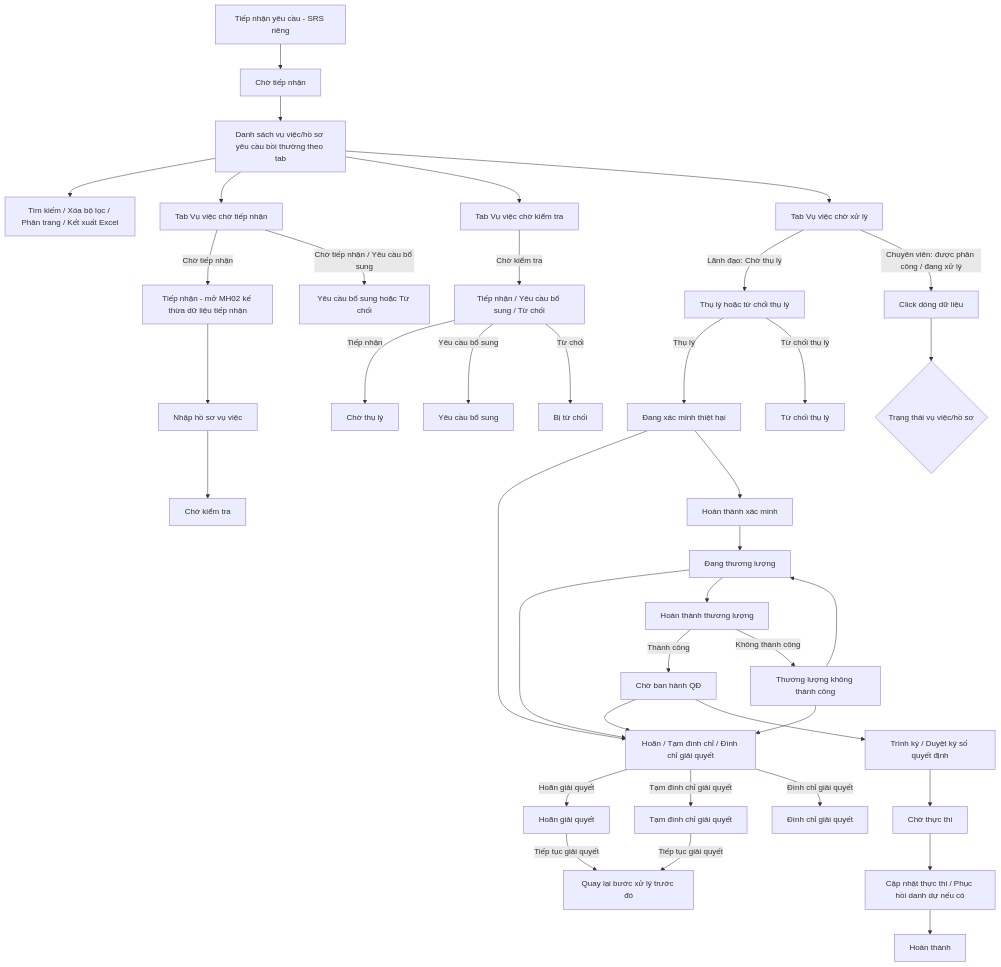
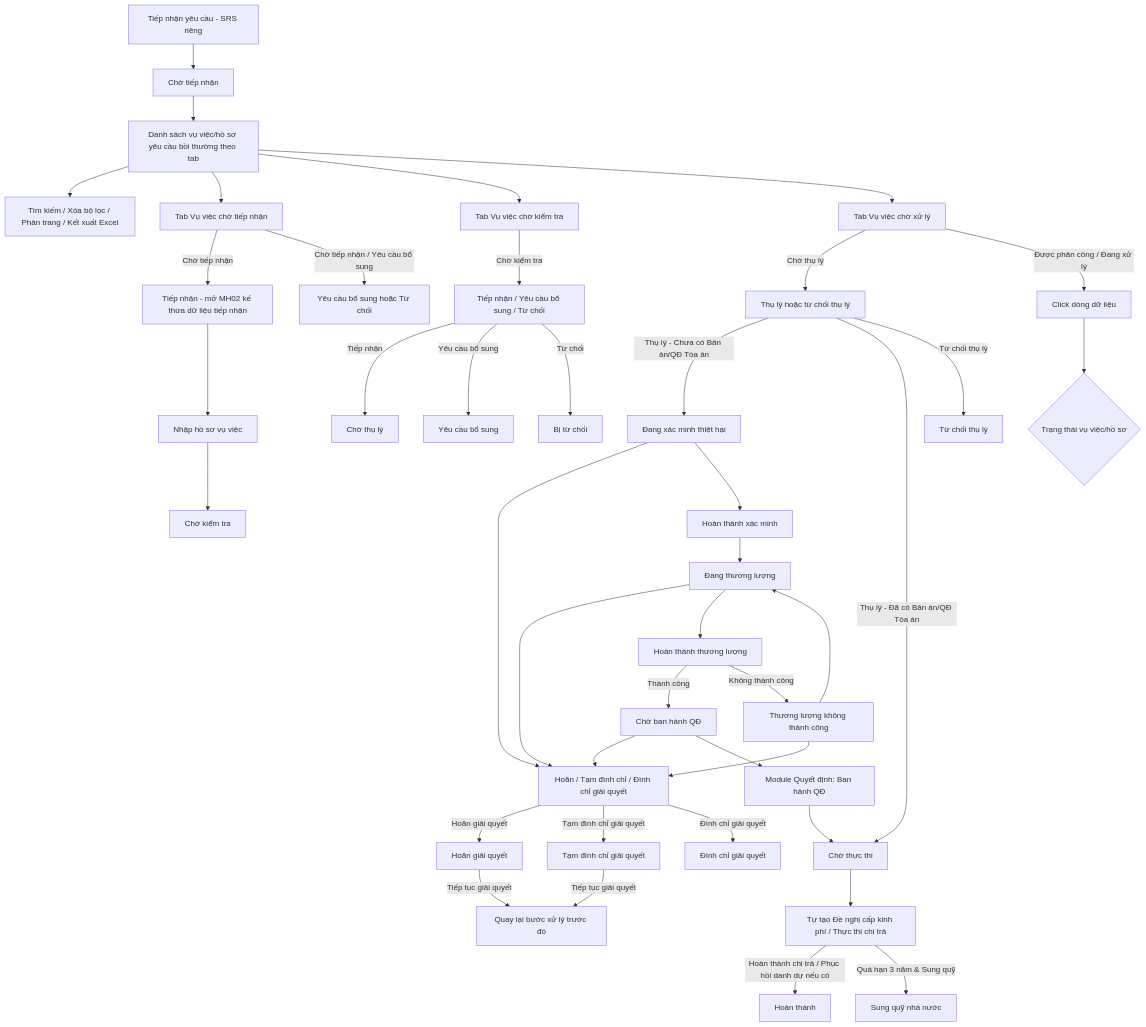
Before and after one commit to huyendt2007/BPBD_UI: the diagram in Tai lieu phan tich/03_Website_Quan_tri/03_Cong_tac_boi_thuong/SRS_BTNN_GiaiQuyetBT_GiaiQuyet_YCBT.md, drawn with Mermaid. The commit also changed other lines of this file and 11 other files, not shown here.

First line of the commit message:
Hoàn thiện GQYCBT: chuẩn hóa SRS và UI Giải quyết yêu cầu bồi thường

````diff
--- a/Tai lieu phan tich/03_Website_Quan_tri/03_Cong_tac_boi_thuong/SRS_BTNN_GiaiQuyetBT_GiaiQuyet_YCBT.md
+++ b/Tai lieu phan tich/03_Website_Quan_tri/03_Cong_tac_boi_thuong/SRS_BTNN_GiaiQuyetBT_GiaiQuyet_YCBT.md
@@ -27,41 +27,43 @@
 ```mermaid
 flowchart TD
     A[Danh sách vụ việc/hồ sơ yêu cầu bồi thường theo tab] --> B[Tìm kiếm / Xóa bộ lọc / Phân trang / Kết xuất Excel]
     TN[Tiếp nhận yêu cầu - SRS riêng] --> D["Chờ tiếp nhận"]
     D --> A
     A --> T1[Tab Vụ việc chờ tiếp nhận]
     A --> T2[Tab Vụ việc chờ kiểm tra]
     A --> T3[Tab Vụ việc chờ xử lý]
     T1 -->|"Chờ tiếp nhận"| E1[Tiếp nhận - mở MH02 kế thừa dữ liệu tiếp nhận]
     T1 -->|"Chờ tiếp nhận / Yêu cầu bổ sung"| E2[Yêu cầu bổ sung hoặc Từ chối]
     E1 --> E[Nhập hồ sơ vụ việc]
     T2 -->|"Chờ kiểm tra"| I[Tiếp nhận / Yêu cầu bổ sung / Từ chối]
-    T3 -->|"Lãnh đạo: Chờ thụ lý"| M[Thụ lý hoặc từ chối thụ lý]
-    T3 -->|"Chuyên viên: được phân công / đang xử lý"| G[Click dòng dữ liệu]
+    T3 -->|"Chờ thụ lý"| M[Thụ lý hoặc từ chối thụ lý]
+    T3 -->|"Được phân công / Đang xử lý"| G[Click dòng dữ liệu]
     G --> H{Trạng thái vụ việc/hồ sơ}
     E --> F["Chờ kiểm tra"]
     I -->|"Tiếp nhận"| J["Chờ thụ lý"]
     I -->|"Yêu cầu bổ sung"| K["Yêu cầu bổ sung"]
     I -->|"Từ chối"| L["Bị từ chối"]
-    M -->|"Thụ lý"| N["Đang xác minh thiệt hại"]
+    M -->|"Thụ lý - Chưa có Bản án/QĐ Tòa án"| N["Đang xác minh thiệt hại"]
+    M -->|"Thụ lý - Đã có Bản án/QĐ Tòa án"| V["Chờ thực thi"]
     M -->|"Từ chối thụ lý"| O["Từ chối thụ lý"]
+    V --> V1[Tự tạo Đề nghị cấp kinh phí / Thực thi chi trả]
+    V1 -->|"Hoàn thành chi trả / Phục hồi danh dự nếu có"| X["Hoàn thành"]
+    V1 -->|"Quá hạn 3 năm & Sung quỹ"| SQ["Sung quỹ nhà nước"]
     N --> Y[Hoãn / Tạm đình chỉ / Đình chỉ giải quyết]
     Q --> Y
     T --> Y
     S --> Y
     Y -->|"Hoãn giải quyết"| Y1["Hoãn giải quyết"]
     Y -->|"Tạm đình chỉ giải quyết"| Y2["Tạm đình chỉ giải quyết"]
     Y -->|"Đình chỉ giải quyết"| Y3["Đình chỉ giải quyết"]
     Y1 -->|"Tiếp tục giải quyết"| Z[Quay lại bước xử lý trước đó]
     Y2 -->|"Tiếp tục giải quyết"| Z
     N --> P[Hoàn thành xác minh]
     P --> Q["Đang thương lượng"]
     Q --> R[Hoàn thành thương lượng]
     R -->|"Thành công"| S["Chờ ban hành QĐ"]
     R -->|"Không thành công"| T["Thương lượng không thành công"]
     T --> Q
-    S --> U[Trình ký / Duyệt ký số quyết định]
-    U --> V["Chờ thực thi"]
-    V --> W[Cập nhật thực thi / Phục hồi danh dự nếu có]
-    W --> X["Hoàn thành"]
+    S --> U[Module Quyết định: Ban hành QĐ]
+    U --> V
 ```
````
